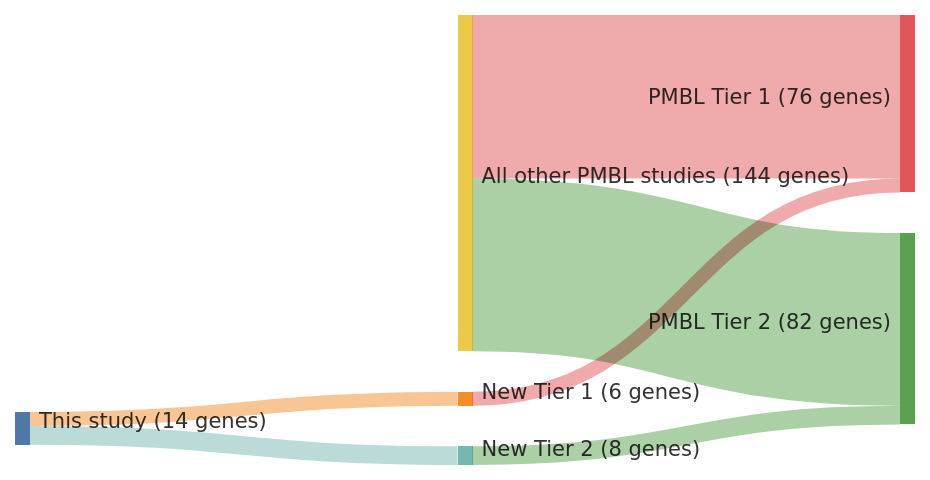
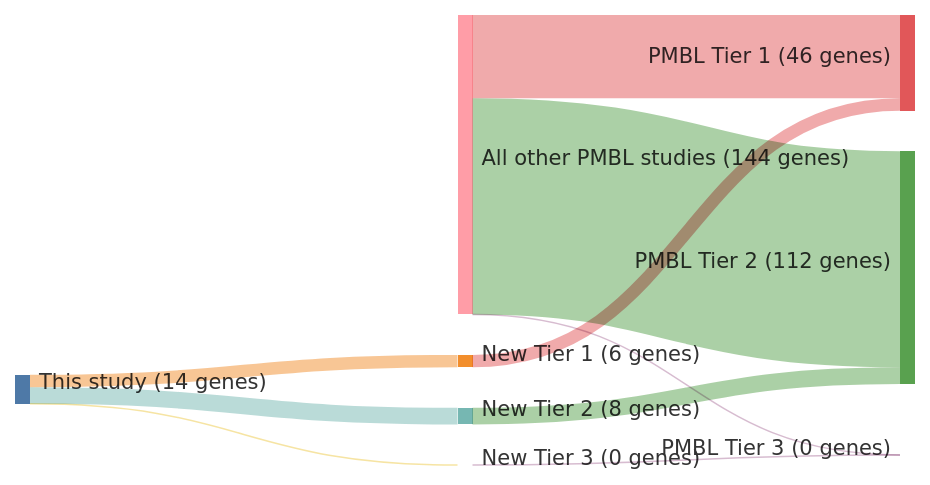
One commit to morinlab/lymphopedia changed the diagram in papers/dunsCharacterizationDLBCLPMBL2021.md. Above: the diagram before and after it, drawn with Mermaid. The commit also changed other lines of this file and 81 other files, not shown here.

````diff
--- a/papers/dunsCharacterizationDLBCLPMBL2021.md
+++ b/papers/dunsCharacterizationDLBCLPMBL2021.md
@@ -13,20 +13,23 @@
 ```mermaid
 ---
 config:
     sankey:
         showValues: true
         linkColor: target
         width: 600
         height: 300
         nodeAlignment: right
         prefix: '('
         suffix: ' genes)'
 ---
 sankey-beta
 This study, New Tier 1, 6
 New Tier 1, PMBL Tier 1, 6
 This study, New Tier 2, 8
 New Tier 2, PMBL Tier 2, 8
-All other PMBL studies, PMBL Tier 1, 70
-All other PMBL studies, PMBL Tier 2, 74
+This study, New Tier 3, 0
+New Tier 3, PMBL Tier 3, 0
+All other PMBL studies, PMBL Tier 1, 40
+All other PMBL studies, PMBL Tier 2, 104
+All other PMBL studies, PMBL Tier 3, 0
 ```
````
